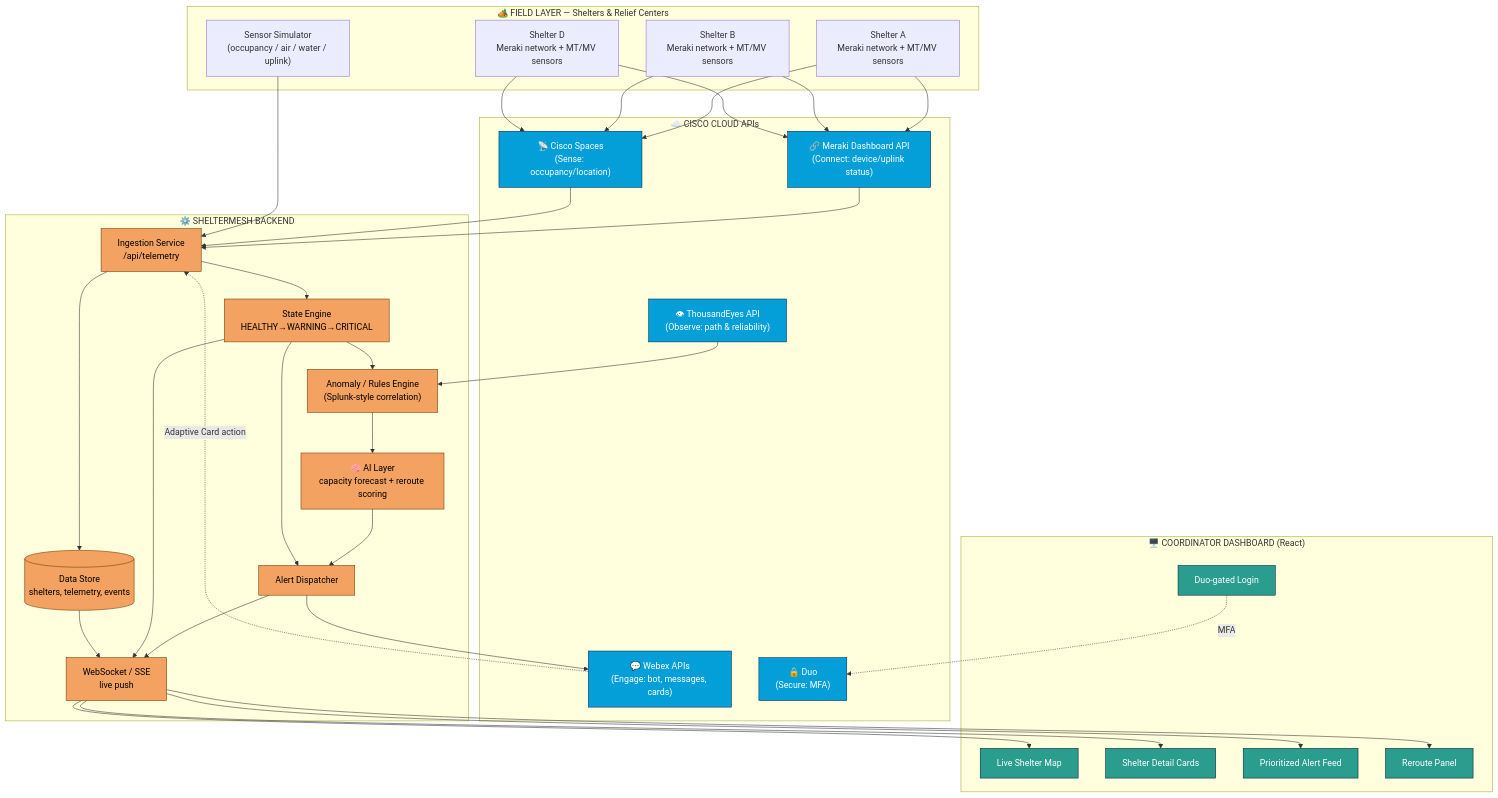
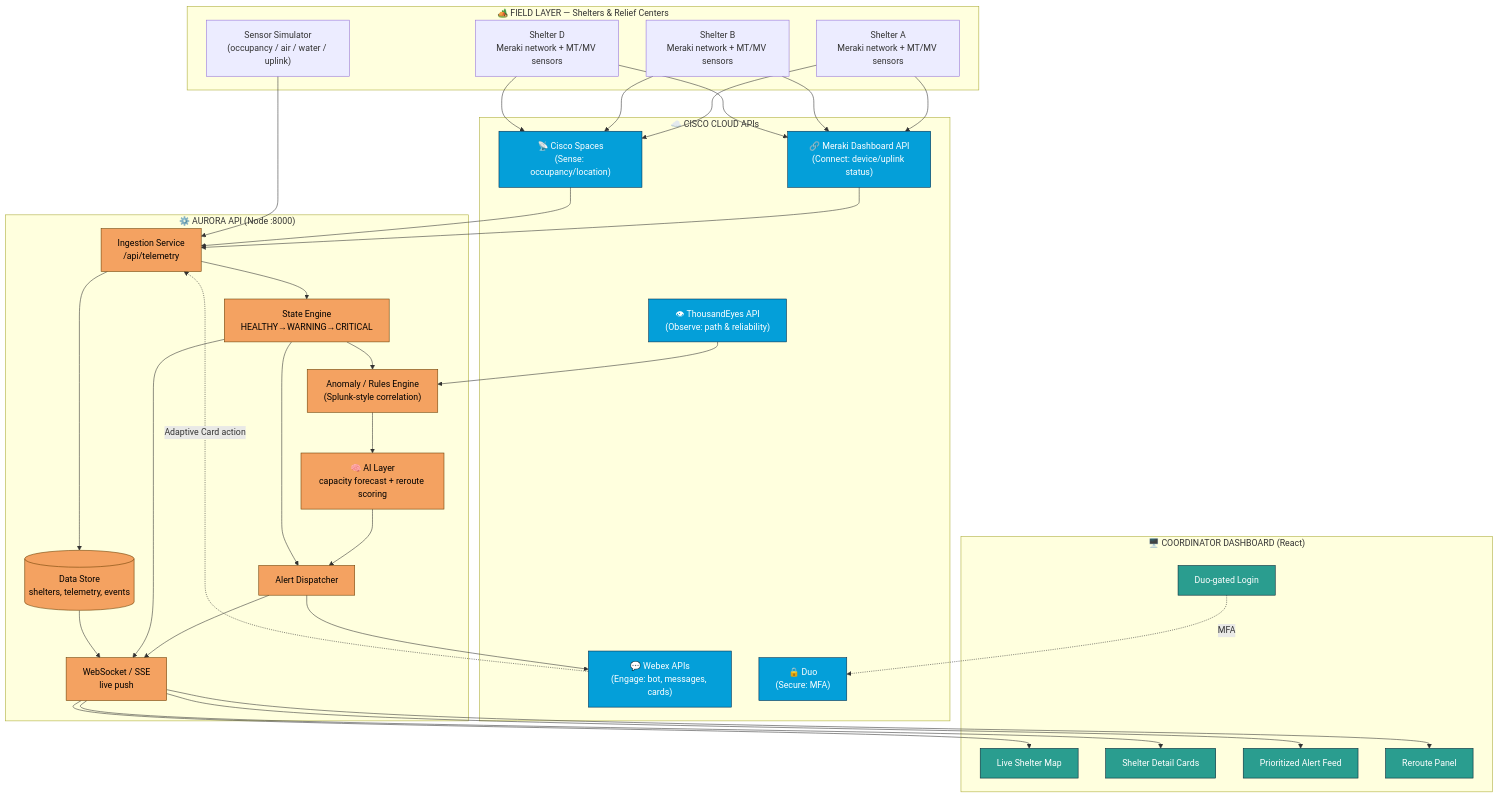
One commit to SuyashAlphaC/Aurora changed the first of 3 diagrams in docs/PROJECT.md. Above: the diagram before and after it, drawn with Mermaid. The commit also changed other lines of this file and 14 other files, not shown here.

````diff
--- a/docs/PROJECT.md
+++ b/docs/PROJECT.md
@@ -164,64 +260,64 @@
 ```mermaid
 flowchart TB
     subgraph FIELD["🏕️ FIELD LAYER — Shelters & Relief Centers"]
         S1["Shelter A<br/>Meraki network + MT/MV sensors"]
         S2["Shelter B<br/>Meraki network + MT/MV sensors"]
         S3["Shelter D<br/>Meraki network + MT/MV sensors"]
         SIM["Sensor Simulator<br/>(occupancy / air / water / uplink)"]
     end
 
     subgraph CISCO["☁️ CISCO CLOUD APIs"]
         MER["🔗 Meraki Dashboard API<br/>(Connect: device/uplink status)"]
         SPACES["📡 Cisco Spaces<br/>(Sense: occupancy/location)"]
         TE["👁 ThousandEyes API<br/>(Observe: path & reliability)"]
         WEBEX["💬 Webex APIs<br/>(Engage: bot, messages, cards)"]
         DUO["🔒 Duo<br/>(Secure: MFA)"]
     end
 
-    subgraph BACKEND["⚙️ SHELTERMESH BACKEND"]
+    subgraph BACKEND["⚙️ AURORA API (Node :8000)"]
         ING["Ingestion Service<br/>/api/telemetry"]
         STATE["State Engine<br/>HEALTHY→WARNING→CRITICAL"]
         ANOM["Anomaly / Rules Engine<br/>(Splunk-style correlation)"]
         AI["🧠 AI Layer<br/>capacity forecast + reroute scoring"]
         ALERT["Alert Dispatcher"]
         DB[("Data Store<br/>shelters, telemetry, events")]
         WS["WebSocket / SSE<br/>live push"]
     end
 
     subgraph FRONTEND["🖥️ COORDINATOR DASHBOARD (React)"]
         MAP["Live Shelter Map"]
         CARDS["Shelter Detail Cards"]
         FEED["Prioritized Alert Feed"]
         REROUTE["Reroute Panel"]
         LOGIN["Duo-gated Login"]
     end
 
     S1 & S2 & S3 --> MER
     S1 & S2 & S3 --> SPACES
     SIM --> ING
     MER --> ING
     SPACES --> ING
     TE --> ANOM
 
     ING --> DB
     ING --> STATE
     STATE --> ANOM
     ANOM --> AI
     AI --> ALERT
     STATE --> ALERT
     ALERT --> WEBEX
     ALERT --> WS
     STATE --> WS
     DB --> WS
 
     WS --> MAP & CARDS & FEED & REROUTE
     LOGIN -.MFA.-> DUO
     WEBEX -. Adaptive Card action .-> ING
 
     classDef cisco fill:#049fd9,stroke:#012a4a,color:#fff
     classDef backend fill:#f4a261,stroke:#6a3d00,color:#000
     classDef front fill:#2a9d8f,stroke:#023,color:#fff
     class MER,SPACES,TE,WEBEX,DUO cisco
     class ING,STATE,ANOM,AI,ALERT,DB,WS backend
     class MAP,CARDS,FEED,REROUTE,LOGIN front
 ```
````
